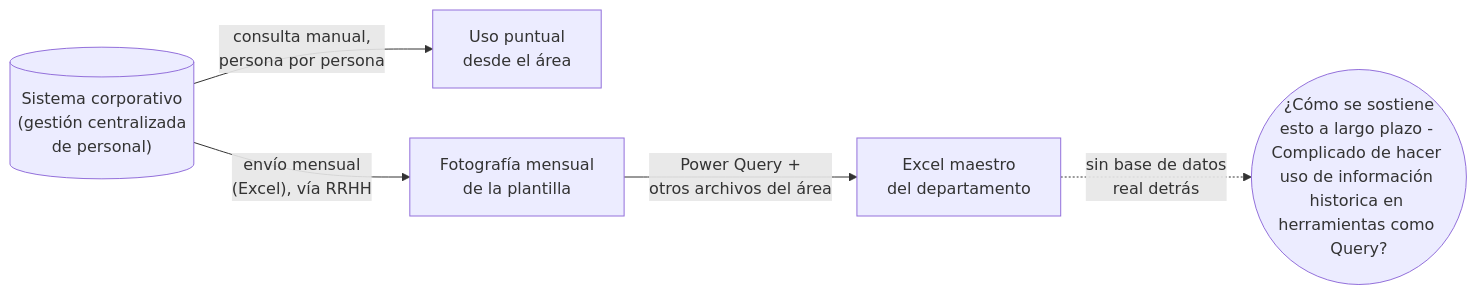
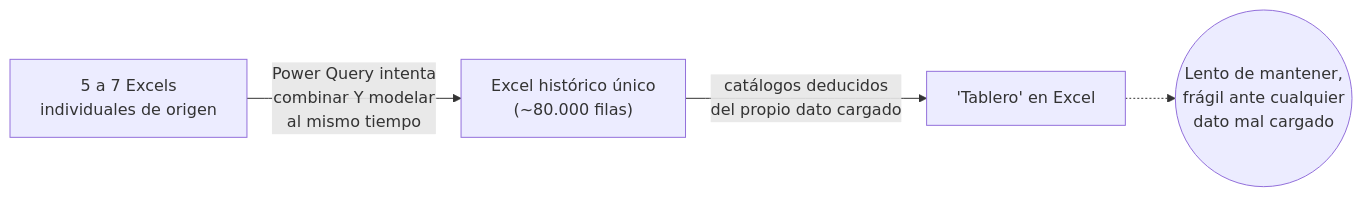
The first of 3 diagrams in capacitaciones.db/README.md (jminolli-e/case-studies), drawn with Mermaid before and after one commit. The commit also changed other lines of this file, not shown here.

````diff
--- a/capacitaciones.db/README.md
+++ b/capacitaciones.db/README.md
@@ -19,8 +29,6 @@
 ```mermaid
 flowchart LR
-    ORA[("Sistema corporativo<br/>(gestión centralizada<br/>de personal)")]
-    ORA -->|"consulta manual,<br/>persona por persona"| U1["Uso puntual<br/>desde el área"]
-    ORA -->|"envío mensual<br/>(Excel), vía RRHH"| SNAP["Fotografía mensual<br/>de la plantilla"]
-    SNAP -->|"Power Query +<br/>otros archivos del área"| EXC["Excel maestro<br/>del departamento"]
-    EXC -.->|"sin base de datos<br/>real detrás"| P(("¿Cómo se sostiene<br/>esto a largo plazo - Complicado de hacer uso de información historica en herramientas como Query?"))
+    E1["5 a 7 Excels<br/>individuales de origen"] -->|"Power Query intenta<br/>combinar Y modelar<br/>al mismo tiempo"| HIST["Excel histórico único<br/>(~80.000 filas)"]
+    HIST -->|"catálogos deducidos<br/>del propio dato cargado"| TAB["'Tablero' en Excel"]
+    TAB -.-> P(("Lento de mantener,<br/>frágil ante cualquier<br/>dato mal cargado"))
 ```
````
